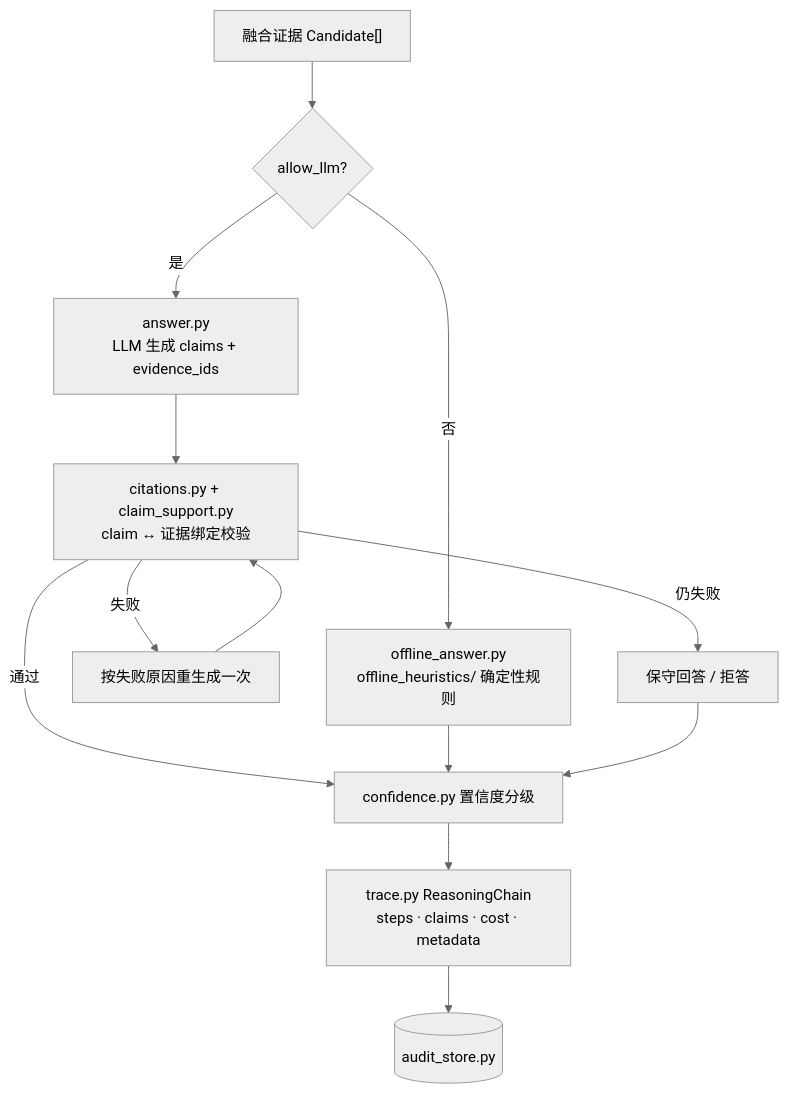
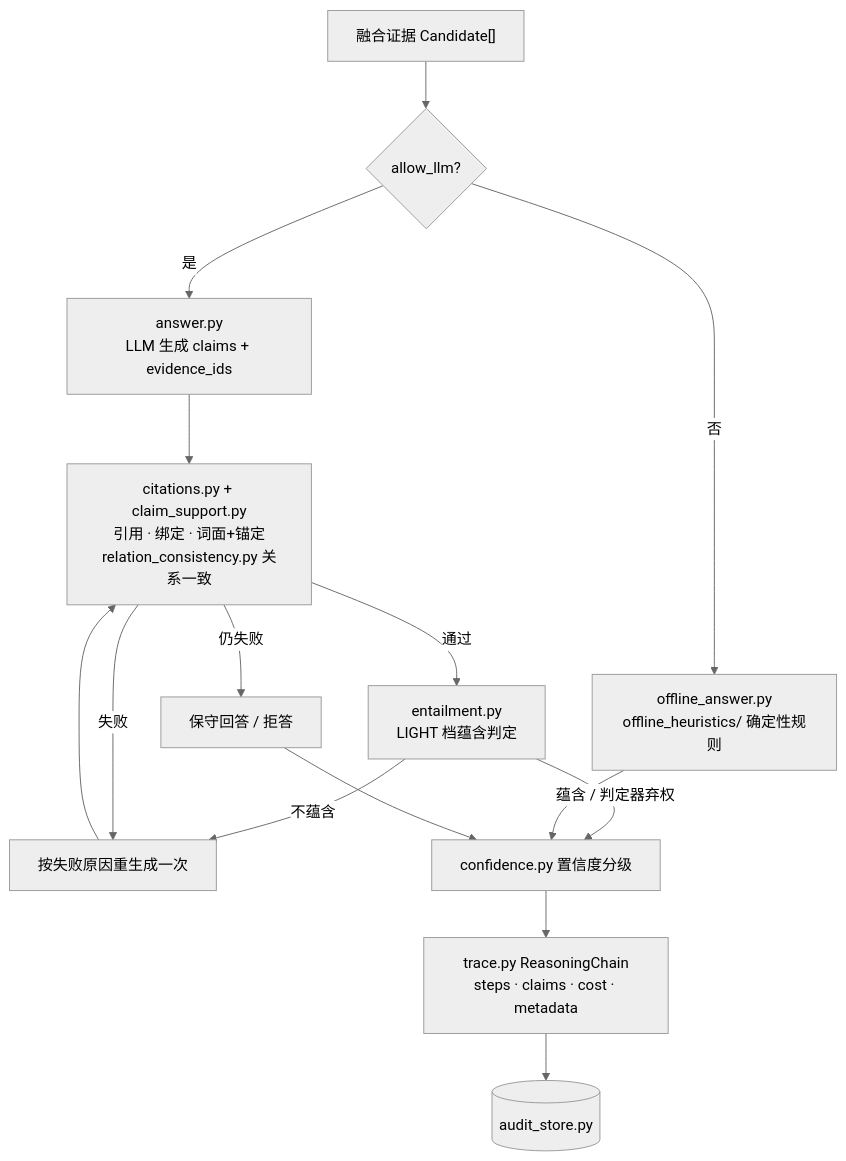
Before and after one commit to RightCloudhub/AG: diagram 13 of 16 in docs/ARCHITECTURE.md, drawn with Mermaid (neutral theme). The commit also changed other lines of this file and 42 other files, not shown here.

````diff
--- a/docs/ARCHITECTURE.md
+++ b/docs/ARCHITECTURE.md
@@ -309,15 +325,17 @@
 ```mermaid
 flowchart TD
     EV["融合证据 Candidate[]"] --> MODE{"allow_llm?"}
     MODE -->|是| LLMA["answer.py<br/>LLM 生成 claims + evidence_ids"]
     MODE -->|否| OFF["offline_answer.py<br/>offline_heuristics/ 确定性规则"]
-    LLMA --> CIT["citations.py + claim_support.py<br/>claim ↔ 证据绑定校验"]
+    LLMA --> CIT["citations.py + claim_support.py<br/>引用 · 绑定 · 词面+锚定<br/>relation_consistency.py 关系一致"]
+    CIT -->|通过| NLI["entailment.py<br/>LIGHT 档蕴含判定"]
+    NLI -->|不蕴含| RETRY
     CIT -->|失败| RETRY["按失败原因重生成一次"]
     RETRY --> CIT
     CIT -->|仍失败| SAFE["保守回答 / 拒答"]
-    CIT -->|通过| CONF["confidence.py 置信度分级"]
+    NLI -->|蕴含 / 判定器弃权| CONF["confidence.py 置信度分级"]
     OFF --> CONF
     SAFE --> CONF
     CONF --> CHAIN["trace.py ReasoningChain<br/>steps · claims · cost · metadata"]
     CHAIN --> AUD[("audit_store.py")]
 ```
````
